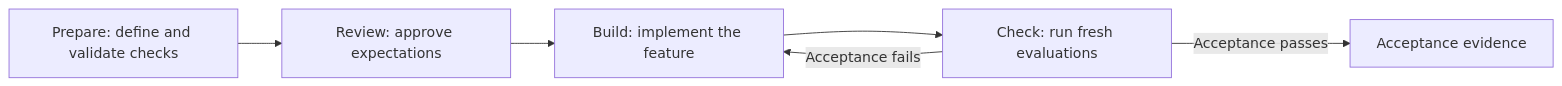
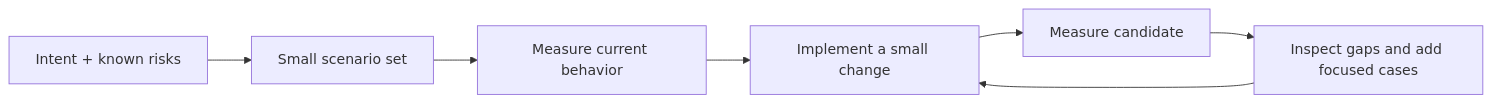
One commit to iL53n/edd-kit changed the diagram in README.md. Above: the diagram before and after it, drawn with Mermaid. The commit also changed other lines of this file and 30 other files, not shown here.

````diff
--- a/README.md
+++ b/README.md
@@ -17,8 +14,9 @@
 ```mermaid
 flowchart LR
-    Prepare["Prepare: define and validate checks"] --> Review["Review: approve expectations"]
-    Review --> Build["Build: implement the feature"]
-    Build --> Check["Check: run fresh evaluations"]
-    Check -->|Acceptance fails| Build
-    Check -->|Acceptance passes| Evidence["Acceptance evidence"]
+    Intent["Intent + known risks"] --> Cases["Small scenario set"]
+    Cases --> Baseline["Measure current behavior"]
+    Baseline --> Build["Implement a small change"]
+    Build --> Candidate["Measure candidate"]
+    Candidate --> Learn["Inspect gaps and add focused cases"]
+    Learn --> Build
 ```
````
